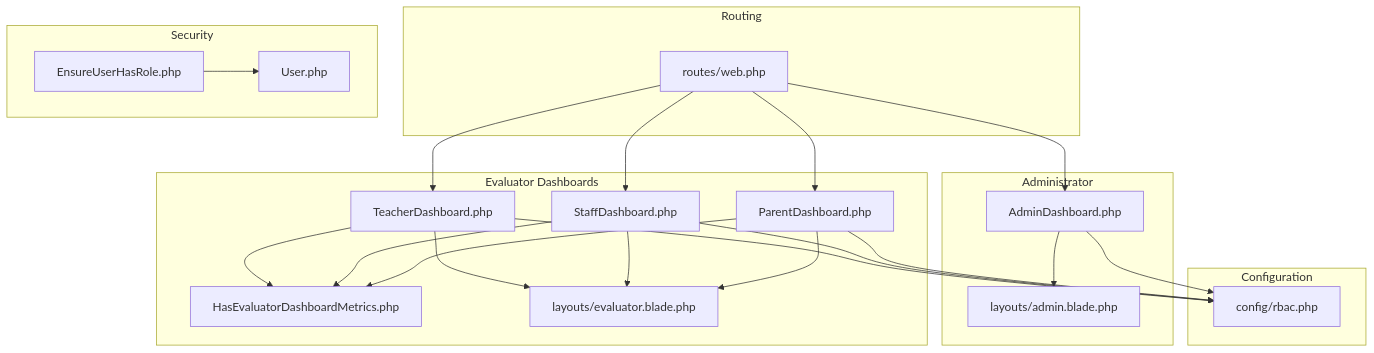
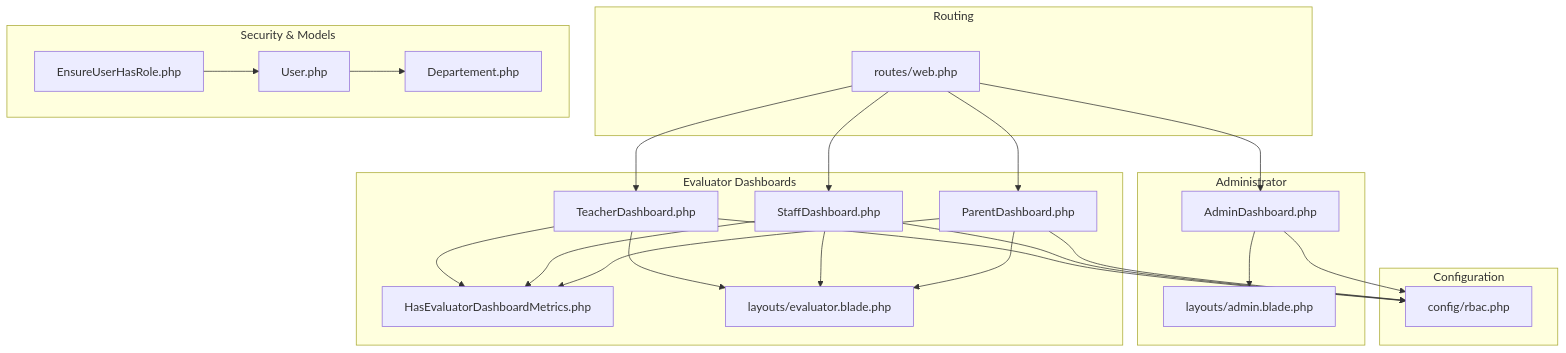
One commit to rudicatsmile/assesment360 changed the first of 6 diagrams in .qoder/repowiki/en/content/Core Features/User Dashboard Systems/User Dashboard Systems.md. Above: the diagram before and after it, drawn with Mermaid. The commit also changed other lines of this file and 6 other files, not shown here.

````diff
--- a/.qoder/repowiki/en/content/Core Features/User Dashboard Systems/User Dashboard Systems.md
+++ b/.qoder/repowiki/en/content/Core Features/User Dashboard Systems/User Dashboard Systems.md
@@ -42,40 +53,42 @@
 ```mermaid
 graph TB
 subgraph "Routing"
 RWEB["routes/web.php"]
 end
 subgraph "Administrator"
 ADB["AdminDashboard.php"]
 ALAYOUT["layouts/admin.blade.php"]
 end
 subgraph "Evaluator Dashboards"
 TDB["TeacherDashboard.php"]
 SDB["StaffDashboard.php"]
 PDB["ParentDashboard.php"]
 METRICS["HasEvaluatorDashboardMetrics.php"]
 ELAYOUT["layouts/evaluator.blade.php"]
 end
 subgraph "Configuration"
 RBAC["config/rbac.php"]
 end
-subgraph "Security"
+subgraph "Security & Models"
 GUARD["EnsureUserHasRole.php"]
 USER["User.php"]
+DEPT["Departement.php"]
 end
 RWEB --> ADB
 RWEB --> TDB
 RWEB --> SDB
 RWEB --> PDB
 TDB --> METRICS
 SDB --> METRICS
 PDB --> METRICS
 ADB --> RBAC
 TDB --> RBAC
 SDB --> RBAC
 PDB --> RBAC
 ADB --> ALAYOUT
 TDB --> ELAYOUT
 SDB --> ELAYOUT
 PDB --> ELAYOUT
 GUARD --> USER
+USER --> DEPT
 ```
````
